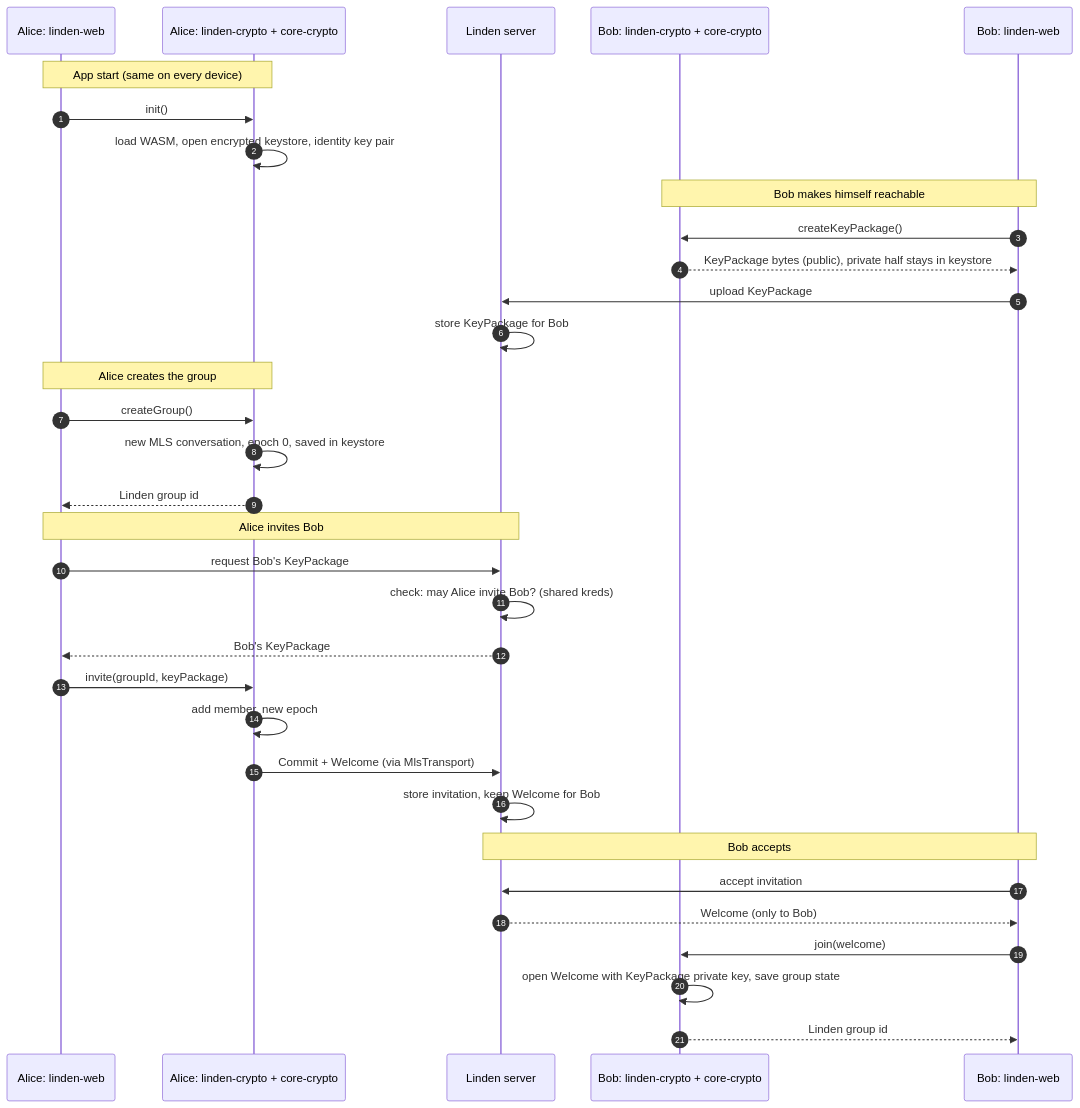
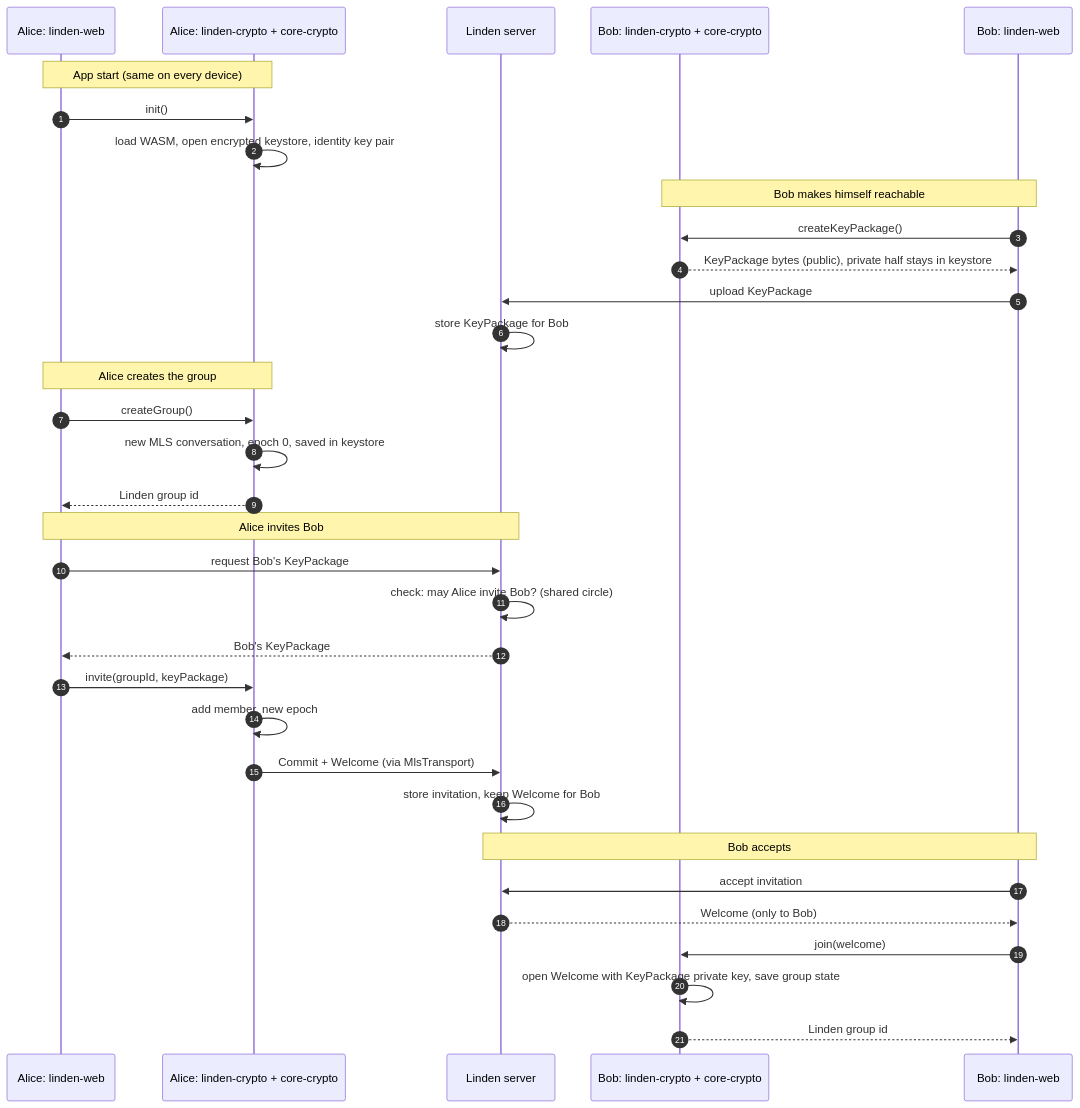
Before and after one commit to projectlinden/linden: the second of 3 diagrams in docs/architecture/encryption-flow.md, drawn with Mermaid. The commit also changed other lines of this file and 5 other files, not shown here.

````diff
--- a/docs/architecture/encryption-flow.md
+++ b/docs/architecture/encryption-flow.md
@@ -48,40 +48,40 @@
 ```mermaid
 sequenceDiagram
     autonumber
     participant AW as Alice: linden-web
     participant AC as Alice: linden-crypto + core-crypto
     participant S as Linden server
     participant BC as Bob: linden-crypto + core-crypto
     participant BW as Bob: linden-web
 
     Note over AW,AC: App start (same on every device)
     AW->>AC: init()
     AC->>AC: load WASM, open encrypted keystore, identity key pair
 
     Note over BC,BW: Bob makes himself reachable
     BW->>BC: createKeyPackage()
     BC-->>BW: KeyPackage bytes (public), private half stays in keystore
     BW->>S: upload KeyPackage
     S->>S: store KeyPackage for Bob
 
     Note over AW,AC: Alice creates the group
     AW->>AC: createGroup()
     AC->>AC: new MLS conversation, epoch 0, saved in keystore
     AC-->>AW: Linden group id
 
     Note over AW,S: Alice invites Bob
     AW->>S: request Bob's KeyPackage
-    S->>S: check: may Alice invite Bob? (shared kreds)
+    S->>S: check: may Alice invite Bob? (shared circle)
     S-->>AW: Bob's KeyPackage
     AW->>AC: invite(groupId, keyPackage)
     AC->>AC: add member, new epoch
     AC->>S: Commit + Welcome (via MlsTransport)
     S->>S: store invitation, keep Welcome for Bob
 
     Note over S,BW: Bob accepts
     BW->>S: accept invitation
     S-->>BW: Welcome (only to Bob)
     BW->>BC: join(welcome)
     BC->>BC: open Welcome with KeyPackage private key, save group state
     BC-->>BW: Linden group id
 ```
````
